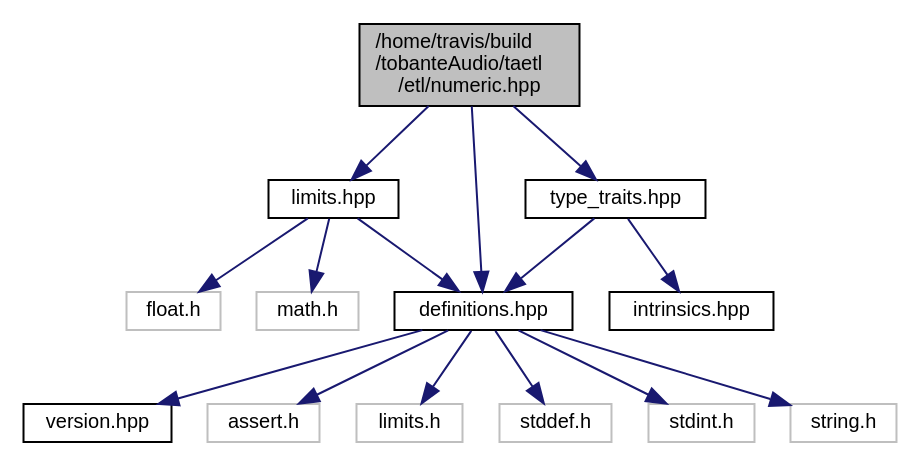
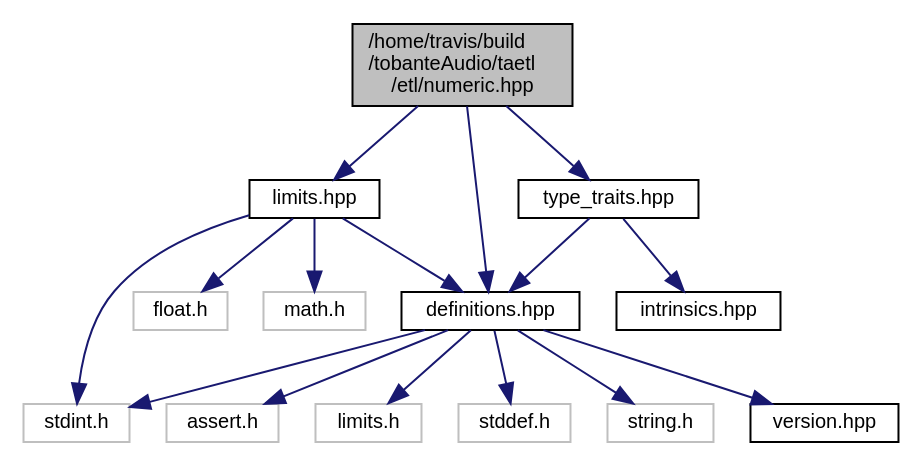
The diagram in numeric_8hpp__incl.dot (tobanteAudio/taetl), drawn with Graphviz before and after one commit. The commit also changed 13 other files, not shown here.

```diff
--- a/numeric_8hpp__incl.dot
+++ b/numeric_8hpp__incl.dot
@@ -1,32 +1,33 @@
 digraph "/home/travis/build/tobanteAudio/taetl/etl/numeric.hpp"
 {
   edge [fontname="Helvetica",fontsize="10",labelfontname="Helvetica",labelfontsize="10"];
   node [fontname="Helvetica",fontsize="10",shape=record];
   Node0 [label="/home/travis/build\l/tobanteAudio/taetl\l/etl/numeric.hpp",height=0.2,width=0.4,color="black", fillcolor="grey75", style="filled", fontcolor="black"];
   Node0 -> Node1 [color="midnightblue",fontsize="10",style="solid",fontname="Helvetica"];
   Node1 [label="definitions.hpp",height=0.2,width=0.4,color="black", fillcolor="white", style="filled",URL="$definitions_8hpp.html"];
   Node1 -> Node2 [color="midnightblue",fontsize="10",style="solid",fontname="Helvetica"];
   Node2 [label="version.hpp",height=0.2,width=0.4,color="black", fillcolor="white", style="filled",URL="$version_8hpp.html"];
   Node1 -> Node3 [color="midnightblue",fontsize="10",style="solid",fontname="Helvetica"];
   Node3 [label="assert.h",height=0.2,width=0.4,color="grey75", fillcolor="white", style="filled"];
   Node1 -> Node4 [color="midnightblue",fontsize="10",style="solid",fontname="Helvetica"];
   Node4 [label="limits.h",height=0.2,width=0.4,color="grey75", fillcolor="white", style="filled"];
   Node1 -> Node5 [color="midnightblue",fontsize="10",style="solid",fontname="Helvetica"];
   Node5 [label="stddef.h",height=0.2,width=0.4,color="grey75", fillcolor="white", style="filled"];
   Node1 -> Node6 [color="midnightblue",fontsize="10",style="solid",fontname="Helvetica"];
   Node6 [label="stdint.h",height=0.2,width=0.4,color="grey75", fillcolor="white", style="filled"];
   Node1 -> Node7 [color="midnightblue",fontsize="10",style="solid",fontname="Helvetica"];
   Node7 [label="string.h",height=0.2,width=0.4,color="grey75", fillcolor="white", style="filled"];
   Node0 -> Node8 [color="midnightblue",fontsize="10",style="solid",fontname="Helvetica"];
   Node8 [label="limits.hpp",height=0.2,width=0.4,color="black", fillcolor="white", style="filled",URL="$limits_8hpp.html"];
   Node8 -> Node9 [color="midnightblue",fontsize="10",style="solid",fontname="Helvetica"];
   Node9 [label="float.h",height=0.2,width=0.4,color="grey75", fillcolor="white", style="filled"];
   Node8 -> Node10 [color="midnightblue",fontsize="10",style="solid",fontname="Helvetica"];
   Node10 [label="math.h",height=0.2,width=0.4,color="grey75", fillcolor="white", style="filled"];
+  Node8 -> Node6 [color="midnightblue",fontsize="10",style="solid",fontname="Helvetica"];
   Node8 -> Node1 [color="midnightblue",fontsize="10",style="solid",fontname="Helvetica"];
   Node0 -> Node11 [color="midnightblue",fontsize="10",style="solid",fontname="Helvetica"];
   Node11 [label="type_traits.hpp",height=0.2,width=0.4,color="black", fillcolor="white", style="filled",URL="$type__traits_8hpp.html"];
   Node11 -> Node1 [color="midnightblue",fontsize="10",style="solid",fontname="Helvetica"];
   Node11 -> Node12 [color="midnightblue",fontsize="10",style="solid",fontname="Helvetica"];
   Node12 [label="intrinsics.hpp",height=0.2,width=0.4,color="black", fillcolor="white", style="filled",URL="$intrinsics_8hpp.html"];
 }
```
